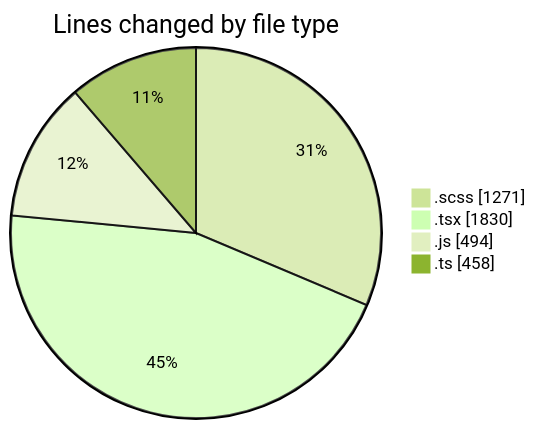
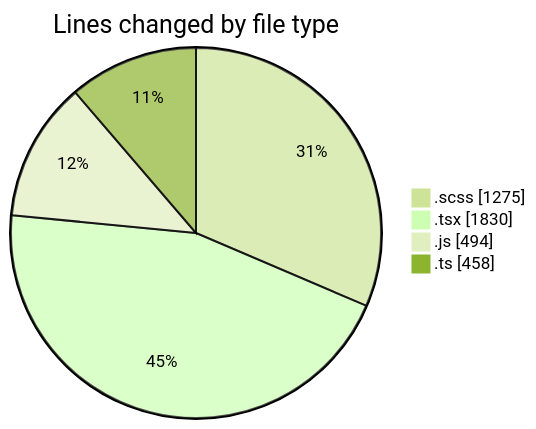
Before and after one commit to momahboobian/code-tracking: the first of 2 diagrams in 2025-03-14/cda/README.md, drawn with Mermaid (forest theme). The commit also changed other lines of this file and 1 other file, not shown here.

````diff
--- a/2025-03-14/cda/README.md
+++ b/2025-03-14/cda/README.md
@@ -41,8 +41,8 @@
 ```mermaid
 pie showData
 title Lines changed by file type
-".scss" : 1271
+".scss" : 1275
 ".tsx" : 1830
 ".js" : 494
 ".ts" : 458
 ```
````
